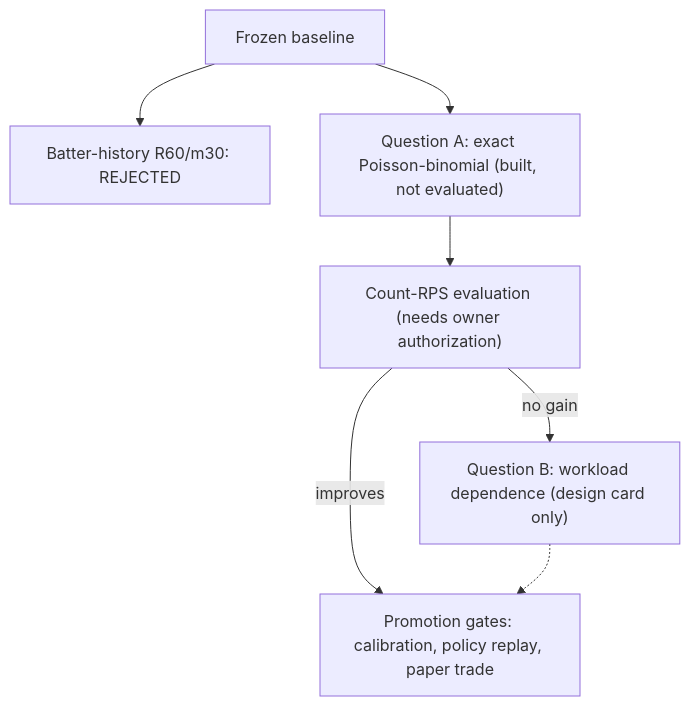
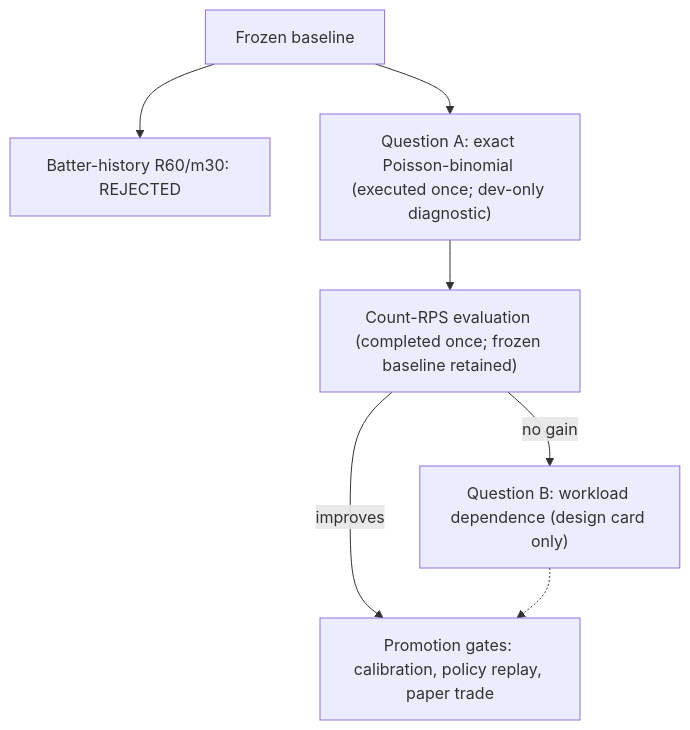
Before and after one commit to Cbkaplinger/MLB-Props: the diagram in docs/diagrams/08-research-decision-flow.md, drawn with Mermaid. The commit also changed 9 other files, not shown here.

````diff
--- a/docs/diagrams/08-research-decision-flow.md
+++ b/docs/diagrams/08-research-decision-flow.md
@@ -16,14 +16,14 @@
 ```mermaid
 flowchart TB
   F["Frozen baseline"]
   X["Batter-history R60/m30: REJECTED"]
-  A["Question A: exact Poisson-binomial (built, not evaluated)"]
-  Ev["Count-RPS evaluation (needs owner authorization)"]
+  A["Question A: exact Poisson-binomial (executed once; dev-only diagnostic)"]
+  Ev["Count-RPS evaluation (completed once; frozen baseline retained)"]
   B["Question B: workload dependence (design card only)"]
   G["Promotion gates: calibration, policy replay, paper trade"]
   F --> X
   F --> A --> Ev
   Ev -- "improves" --> G
   Ev -- "no gain" --> B
   B -.-> G
 ```
````
